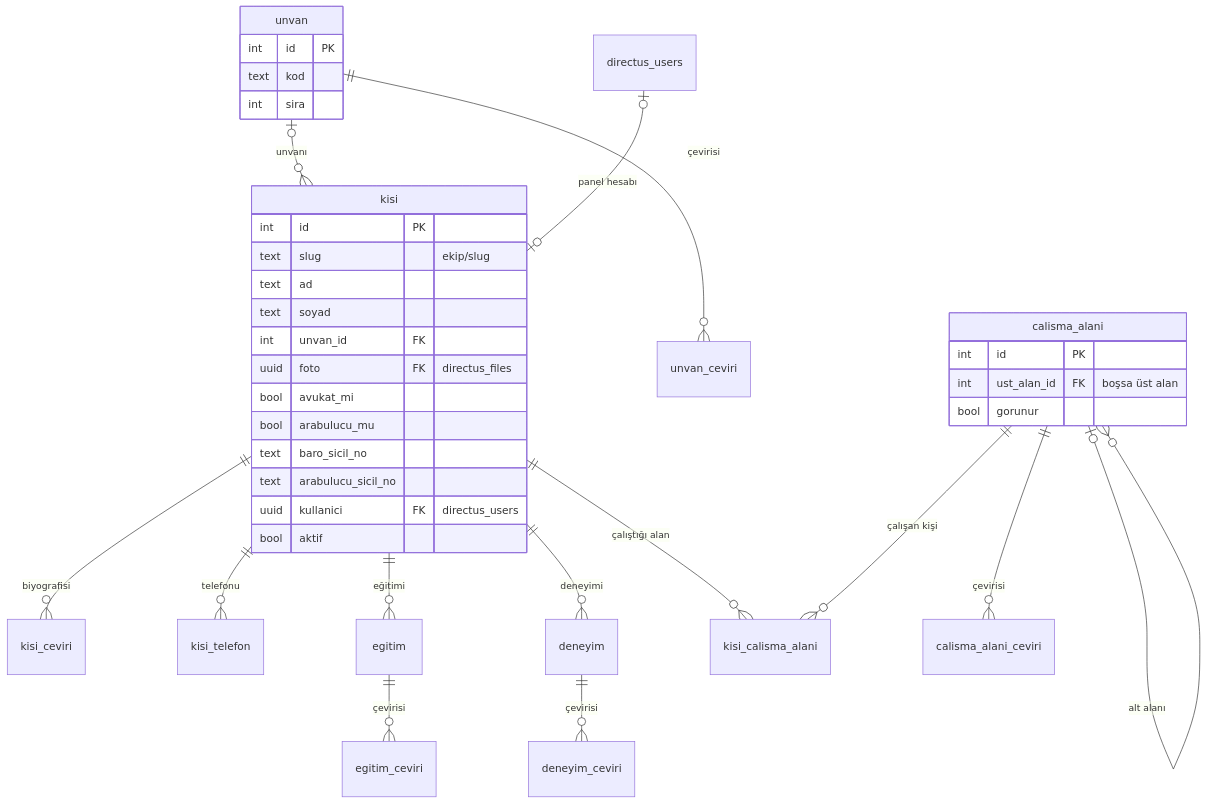
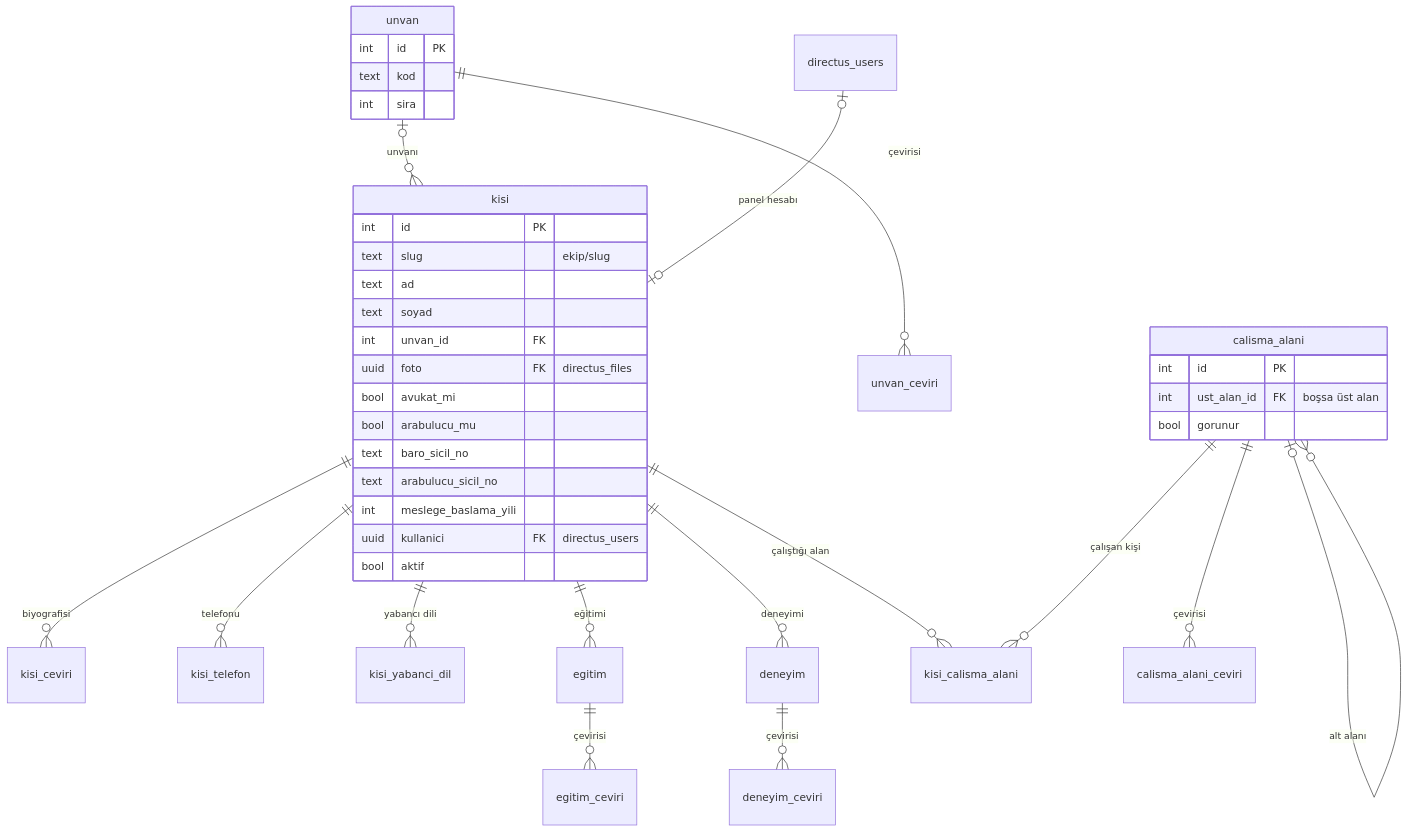
One commit to cooyit/insahukuk changed the first of 4 diagrams in db/VERI_MODELI.md. Above: the diagram before and after it, drawn with Mermaid. The commit also changed other lines of this file and 7 other files, not shown here.

````diff
--- a/db/VERI_MODELI.md
+++ b/db/VERI_MODELI.md
@@ -59,41 +59,43 @@
 ```mermaid
 erDiagram
   unvan |o--o{ kisi : "unvanı"
   unvan ||--o{ unvan_ceviri : "çevirisi"
   directus_users |o--o| kisi : "panel hesabı"
   kisi ||--o{ kisi_ceviri : "biyografisi"
   kisi ||--o{ kisi_telefon : "telefonu"
+  kisi ||--o{ kisi_yabanci_dil : "yabancı dili"
   kisi ||--o{ egitim : "eğitimi"
   egitim ||--o{ egitim_ceviri : "çevirisi"
   kisi ||--o{ deneyim : "deneyimi"
   deneyim ||--o{ deneyim_ceviri : "çevirisi"
   kisi ||--o{ kisi_calisma_alani : "çalıştığı alan"
   calisma_alani ||--o{ kisi_calisma_alani : "çalışan kişi"
   calisma_alani |o--o{ calisma_alani : "alt alanı"
   calisma_alani ||--o{ calisma_alani_ceviri : "çevirisi"
 
   kisi {
     int id PK
     text slug "ekip/slug"
     text ad
     text soyad
     int unvan_id FK
     uuid foto FK "directus_files"
     bool avukat_mi
     bool arabulucu_mu
     text baro_sicil_no
     text arabulucu_sicil_no
+    int meslege_baslama_yili
     uuid kullanici FK "directus_users"
     bool aktif
   }
   calisma_alani {
     int id PK
     int ust_alan_id FK "boşsa üst alan"
     bool gorunur
   }
   unvan {
     int id PK
     text kod
     int sira
   }
 ```
````
